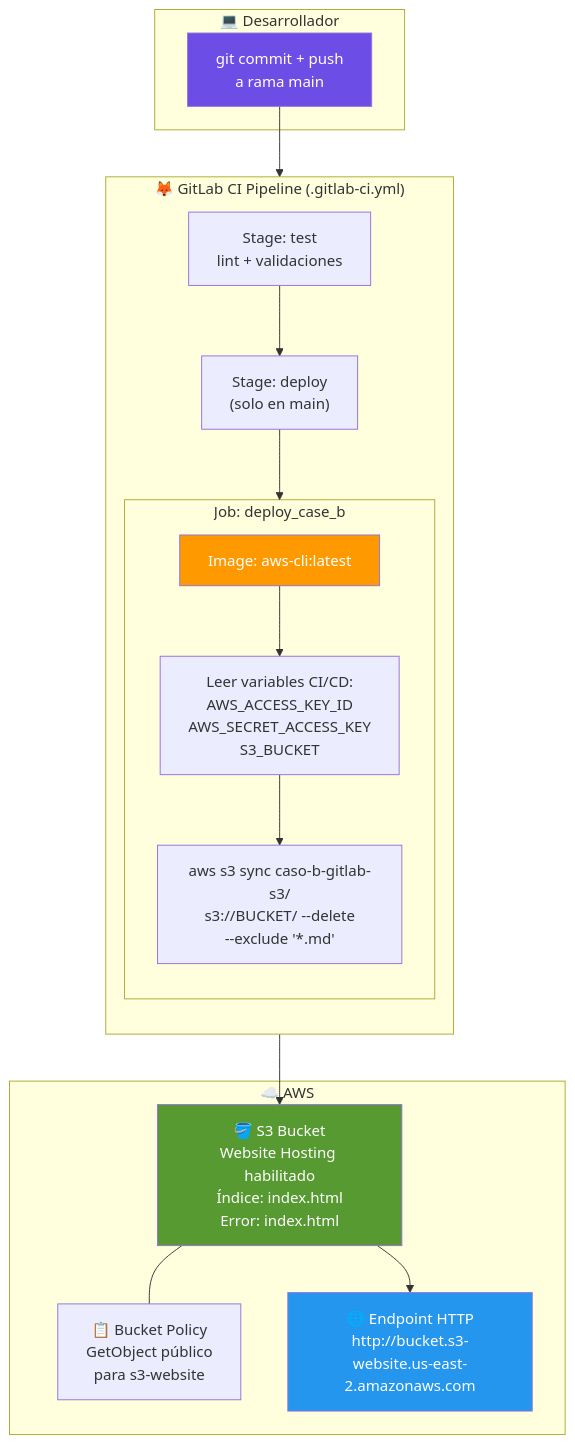
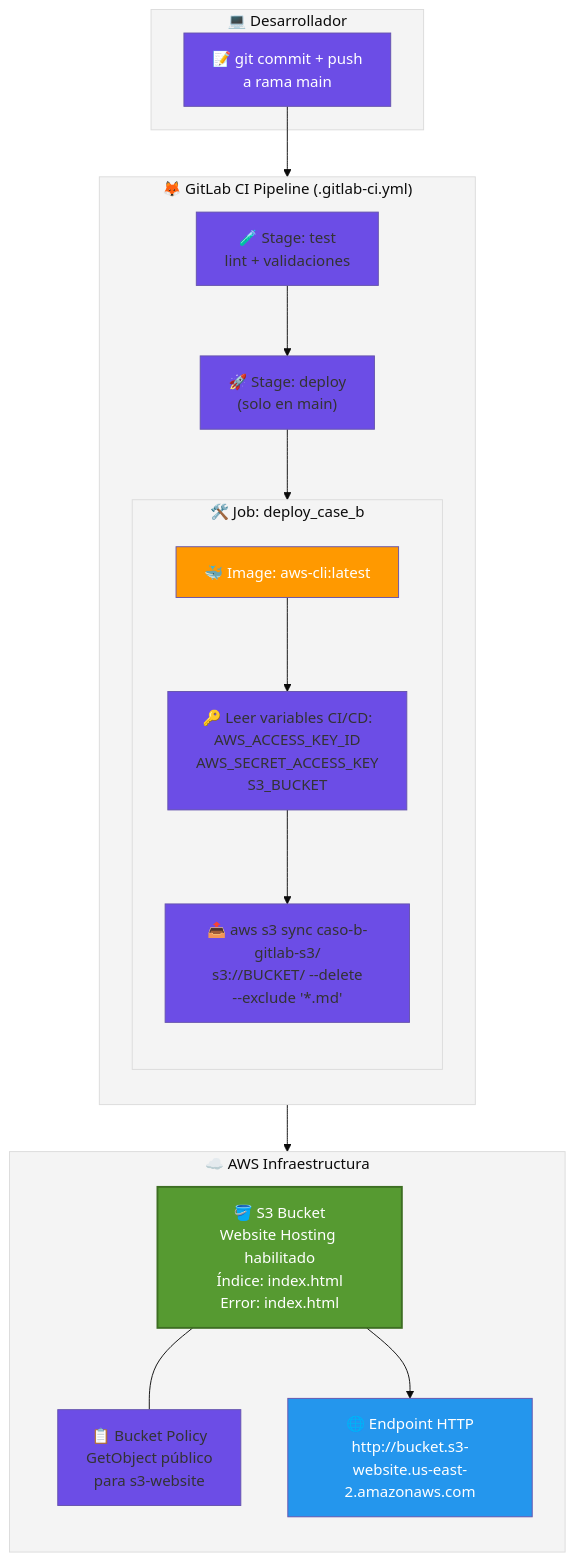
One commit to vladimiracunadev-create/proyectos-aws changed the first of 3 diagrams in caso-b-gitlab-s3/docs/architecture.md. Above: the diagram before and after it, drawn with Mermaid. The commit also changed other lines of this file and 6 other files, not shown here.

Commit message:
docs: mass optimization of architecture diagrams for all completed cases (A, B, C, D, J, K, L) - vertical flow and premium styles

````diff
--- a/caso-b-gitlab-s3/docs/architecture.md
+++ b/caso-b-gitlab-s3/docs/architecture.md
@@ -20,38 +20,41 @@
 ```mermaid
+%%{init: {'theme': 'base', 'themeVariables': { 'primaryColor': '#6C4DE6', 'secondaryColor': '#569A31', 'tertiaryColor': '#f4f4f4', 'fontsize': '16px' }}}%%
 graph TB
     subgraph Dev["💻 Desarrollador"]
-        Commit["git commit + push\na rama main"]
+        Commit["📝 git commit + push\na rama main"]
     end
 
     subgraph Pipeline["🦊 GitLab CI Pipeline (.gitlab-ci.yml)"]
         direction TB
-        Stage_Test["Stage: test\nlint + validaciones"]
-        Stage_Deploy["Stage: deploy\n(solo en main)"]
+        Stage_Test["🧪 Stage: test\nlint + validaciones"]
+        Stage_Deploy["🚀 Stage: deploy\n(solo en main)"]
 
-        subgraph Job_Deploy["Job: deploy_case_b"]
-            AWSCLI["Image: aws-cli:latest"]
-            GetCreds["Leer variables CI/CD:\nAWS_ACCESS_KEY_ID\nAWS_SECRET_ACCESS_KEY\nS3_BUCKET"]
-            Sync["aws s3 sync caso-b-gitlab-s3/\ns3://BUCKET/ --delete\n--exclude '*.md'"]
+        subgraph Job_Deploy["🛠️ Job: deploy_case_b"]
+            direction TB
+            AWSCLI["🐳 Image: aws-cli:latest"]
+            GetCreds["🔑 Leer variables CI/CD:\nAWS_ACCESS_KEY_ID\nAWS_SECRET_ACCESS_KEY\nS3_BUCKET"]
+            Sync["📤 aws s3 sync caso-b-gitlab-s3/\ns3://BUCKET/ --delete\n--exclude '*.md'"]
         end
 
         Stage_Test --> Stage_Deploy
         Stage_Deploy --> Job_Deploy
         AWSCLI --> GetCreds --> Sync
     end
 
-    subgraph AWS["☁️ AWS"]
+    subgraph AWS["☁️ AWS Infraestructura"]
+        direction TB
         S3["🪣 S3 Bucket\nWebsite Hosting habilitado\nÍndice: index.html\nError: index.html"]
         Policy["📋 Bucket Policy\nGetObject público\npara s3-website"]
         URL["🌐 Endpoint HTTP\nhttp://bucket.s3-website.us-east-2.amazonaws.com"]
     end
 
     Commit --> Pipeline
     Sync --> S3
     S3 --- Policy
     S3 --> URL
 
     style Commit fill:#6C4DE6,color:#fff
     style AWSCLI fill:#FF9900,color:#fff
-    style S3 fill:#569A31,color:#fff
+    style S3 fill:#569A31,color:#fff,stroke:#3d6e22,stroke-width:2px
     style URL fill:#2496ED,color:#fff
 ```
````
